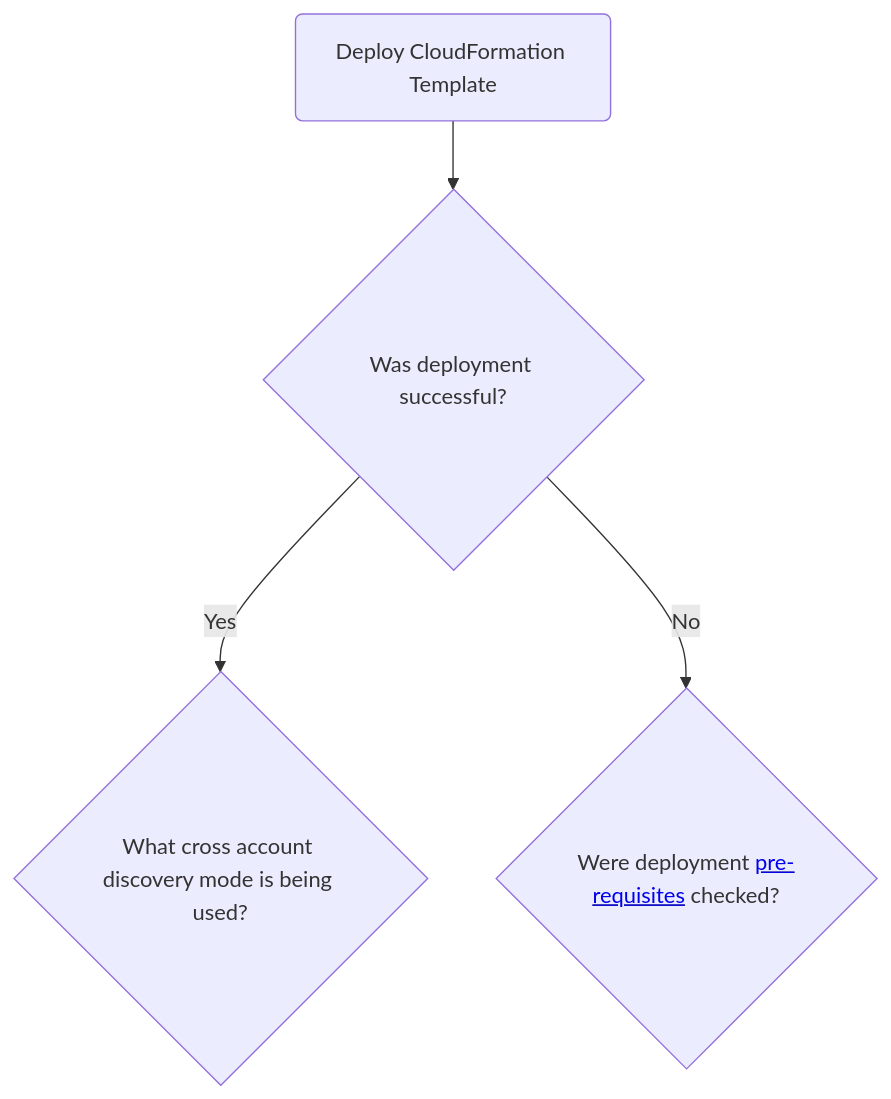
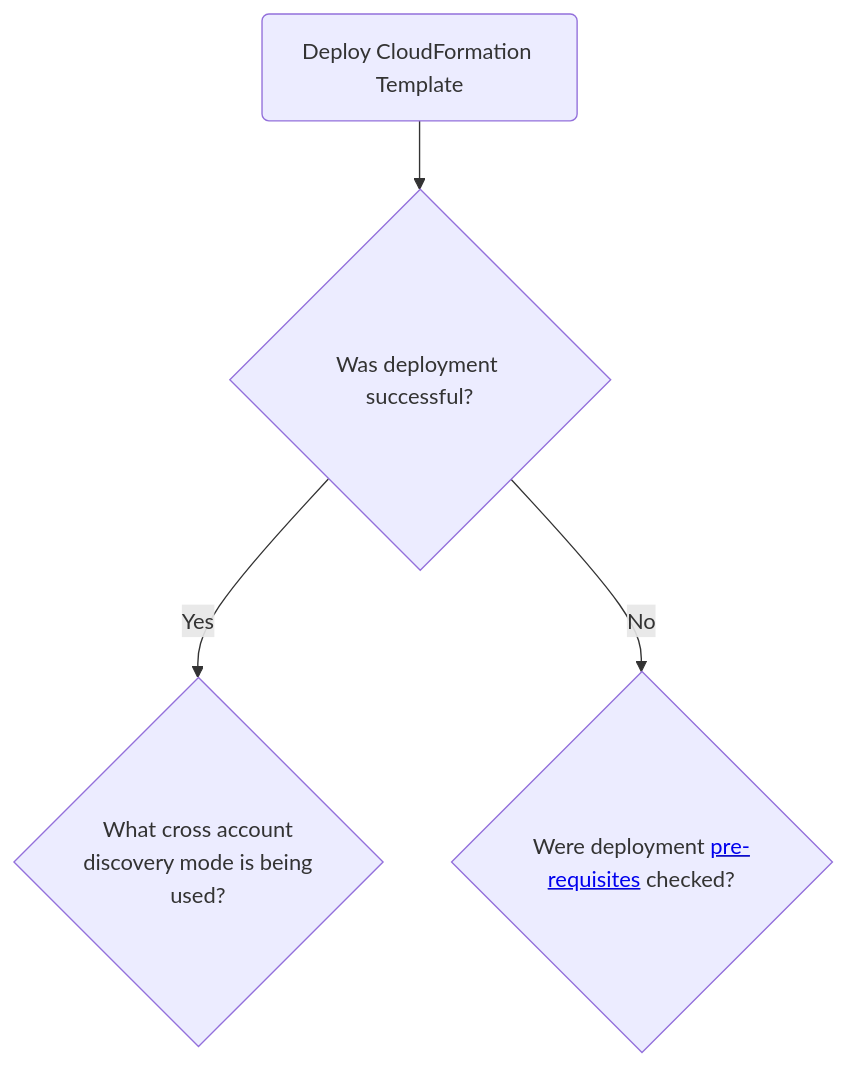
The diagram in flow-chart.md (svozza/mermaid-test), drawn with Mermaid before and after one commit.

````diff
--- a/flow-chart.md
+++ b/flow-chart.md
@@ -3,8 +3,10 @@
 ```mermaid
 flowchart TD
 A(Deploy CloudFormation Template)
 A --> B{Was deployment successful?}
-B -->|Yes| C{"What cross account discovery mode is being used?"}
+B -->|Yes| C{"What cross account
+discovery mode is being
+used?"}
 B -->|No| D{Were deployment <u><a href='https://docs.aws.amazon.com/solutions/latest/workload-discovery-on-aws/deployment-process-overview.html'>pre-requisites</a></u> checked?}
 
 ```
````
